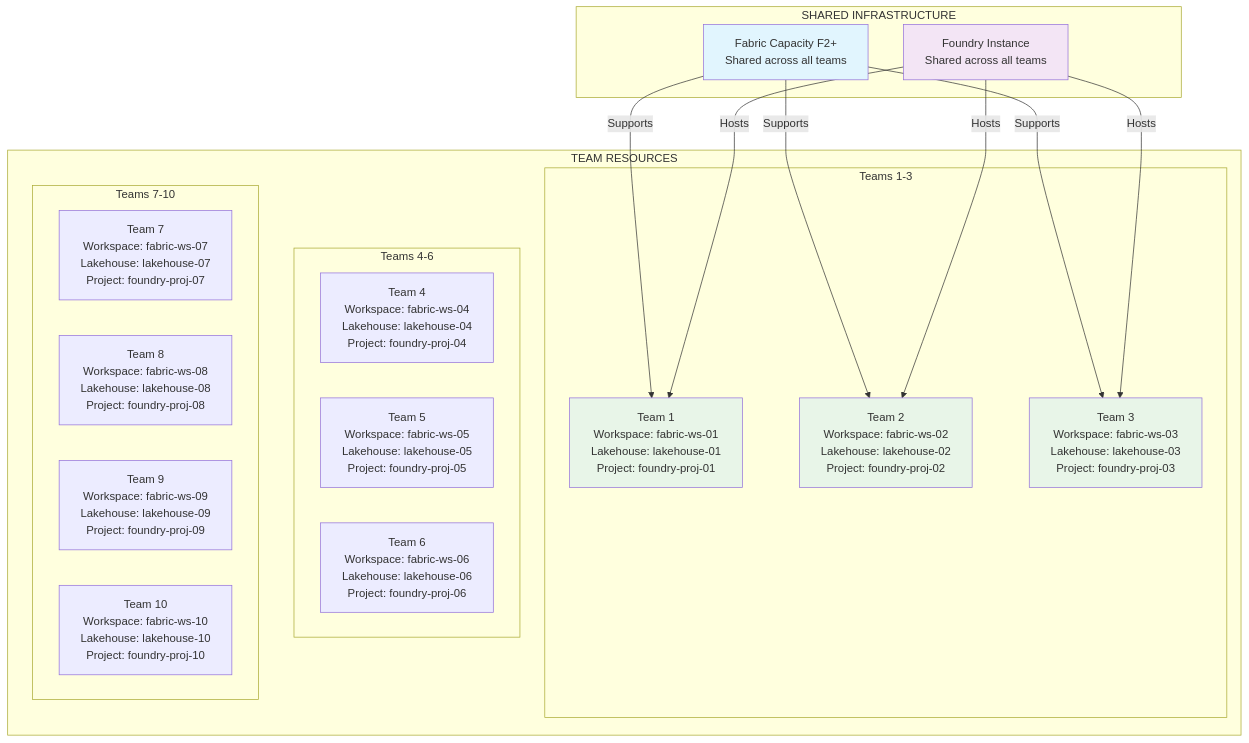
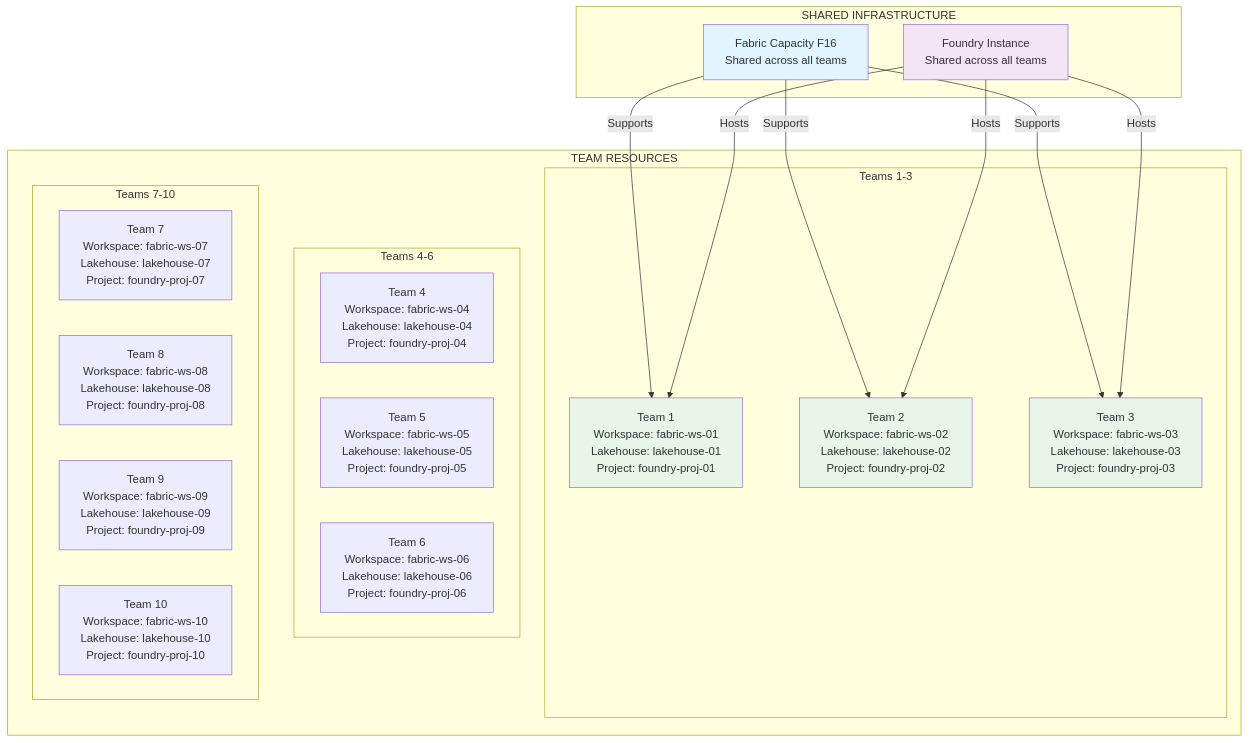
The fourth of 6 diagrams in architecture-diagram.md (jomedinagomez/fabric-aifoundry-insurance-lab), drawn with Mermaid before and after one commit. The commit also changed other lines of this file and 12 other files, not shown here.

````diff
--- a/architecture-diagram.md
+++ b/architecture-diagram.md
@@ -99,41 +99,41 @@
 ```mermaid
 graph TB
     subgraph "SHARED INFRASTRUCTURE"
-        FC[Fabric Capacity F2+<br/>Shared across all teams]
+        FC[Fabric Capacity F16<br/>Shared across all teams]
         FI[Foundry Instance<br/>Shared across all teams]
     end
     
     subgraph "TEAM RESOURCES"
         subgraph "Teams 1-3"
             T1[Team 1<br/>Workspace: fabric-ws-01<br/>Lakehouse: lakehouse-01<br/>Project: foundry-proj-01]
             T2[Team 2<br/>Workspace: fabric-ws-02<br/>Lakehouse: lakehouse-02<br/>Project: foundry-proj-02]
             T3[Team 3<br/>Workspace: fabric-ws-03<br/>Lakehouse: lakehouse-03<br/>Project: foundry-proj-03]
         end
         
         subgraph "Teams 4-6"
             T4[Team 4<br/>Workspace: fabric-ws-04<br/>Lakehouse: lakehouse-04<br/>Project: foundry-proj-04]
             T5[Team 5<br/>Workspace: fabric-ws-05<br/>Lakehouse: lakehouse-05<br/>Project: foundry-proj-05]
             T6[Team 6<br/>Workspace: fabric-ws-06<br/>Lakehouse: lakehouse-06<br/>Project: foundry-proj-06]
         end
         
         subgraph "Teams 7-10"
             T7[Team 7<br/>Workspace: fabric-ws-07<br/>Lakehouse: lakehouse-07<br/>Project: foundry-proj-07]
             T8[Team 8<br/>Workspace: fabric-ws-08<br/>Lakehouse: lakehouse-08<br/>Project: foundry-proj-08]
             T9[Team 9<br/>Workspace: fabric-ws-09<br/>Lakehouse: lakehouse-09<br/>Project: foundry-proj-09]
             T10[Team 10<br/>Workspace: fabric-ws-10<br/>Lakehouse: lakehouse-10<br/>Project: foundry-proj-10]
         end
     end
     
     FC -->|Supports| T1
     FC -->|Supports| T2
     FC -->|Supports| T3
     FI -->|Hosts| T1
     FI -->|Hosts| T2
     FI -->|Hosts| T3
     
     style FC fill:#e1f5fe
     style FI fill:#f3e5f5
     style T1 fill:#e8f5e8
     style T2 fill:#e8f5e8
     style T3 fill:#e8f5e8
 ```
````
